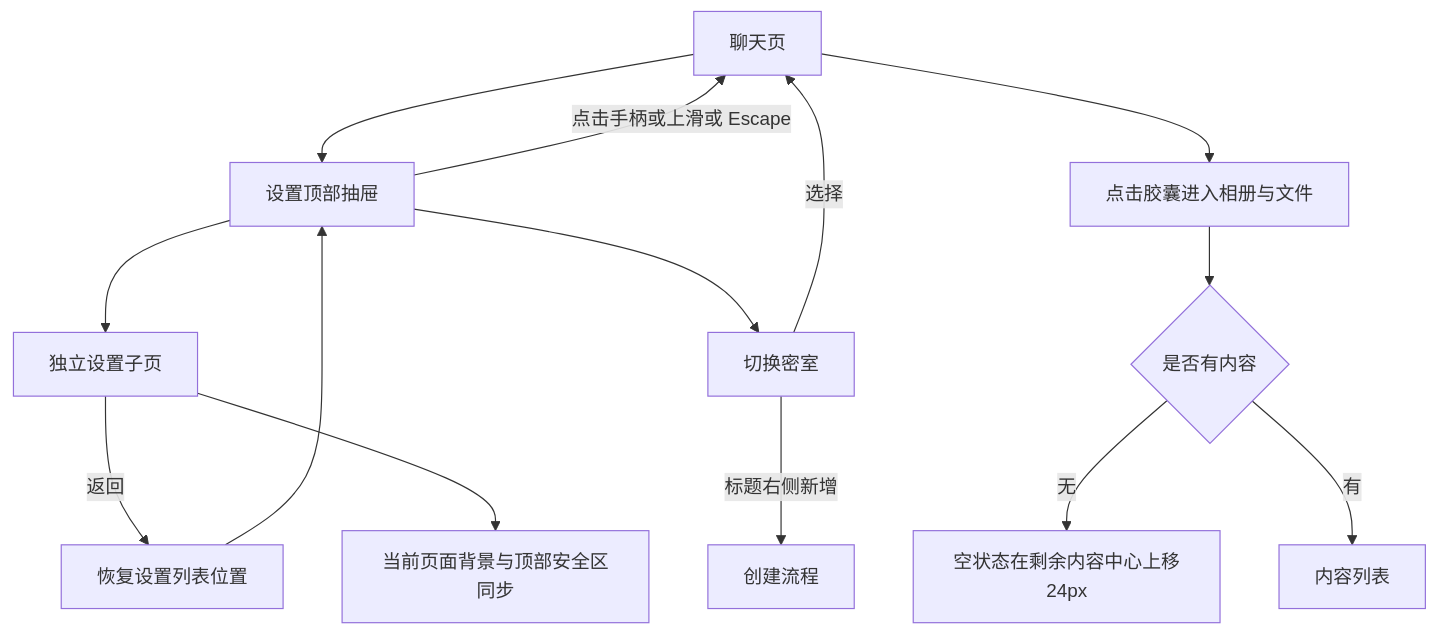
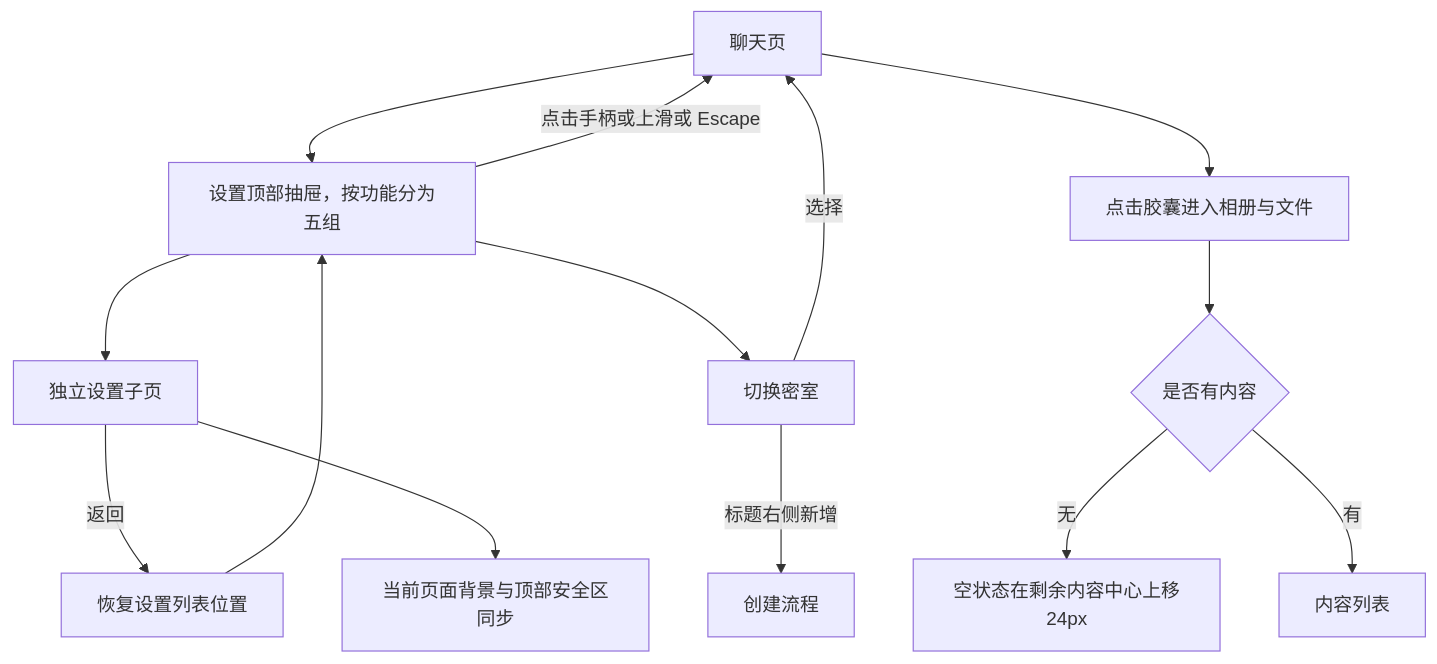
The second of 6 diagrams in docs/requirements/2026-10-23-settings-17-prototype/flow.md (zdaiwmm/shui-IM), drawn with Mermaid before and after one commit. The commit also changed other lines of this file and 6 other files, not shown here.

````diff
--- a/docs/requirements/2026-10-23-settings-17-prototype/flow.md
+++ b/docs/requirements/2026-10-23-settings-17-prototype/flow.md
@@ -27,16 +27,16 @@
 ```mermaid
 flowchart TD
-  A[聊天页] --> B[设置顶部抽屉]
+  A[聊天页] --> B[设置顶部抽屉，按功能分为五组]
   B --> C[独立设置子页]
   C -->|返回| D[恢复设置列表位置]
   D --> B
   B -->|点击手柄或上滑或 Escape| A
   C --> E[当前页面背景与顶部安全区同步]
   A --> F[点击胶囊进入相册与文件]
   F --> G{是否有内容}
   G -->|无| H[空状态在剩余内容中心上移24px]
   G -->|有| I[内容列表]
   B --> J[切换密室]
   J -->|选择| A
   J -->|标题右侧新增| K[创建流程]
 ```
````
